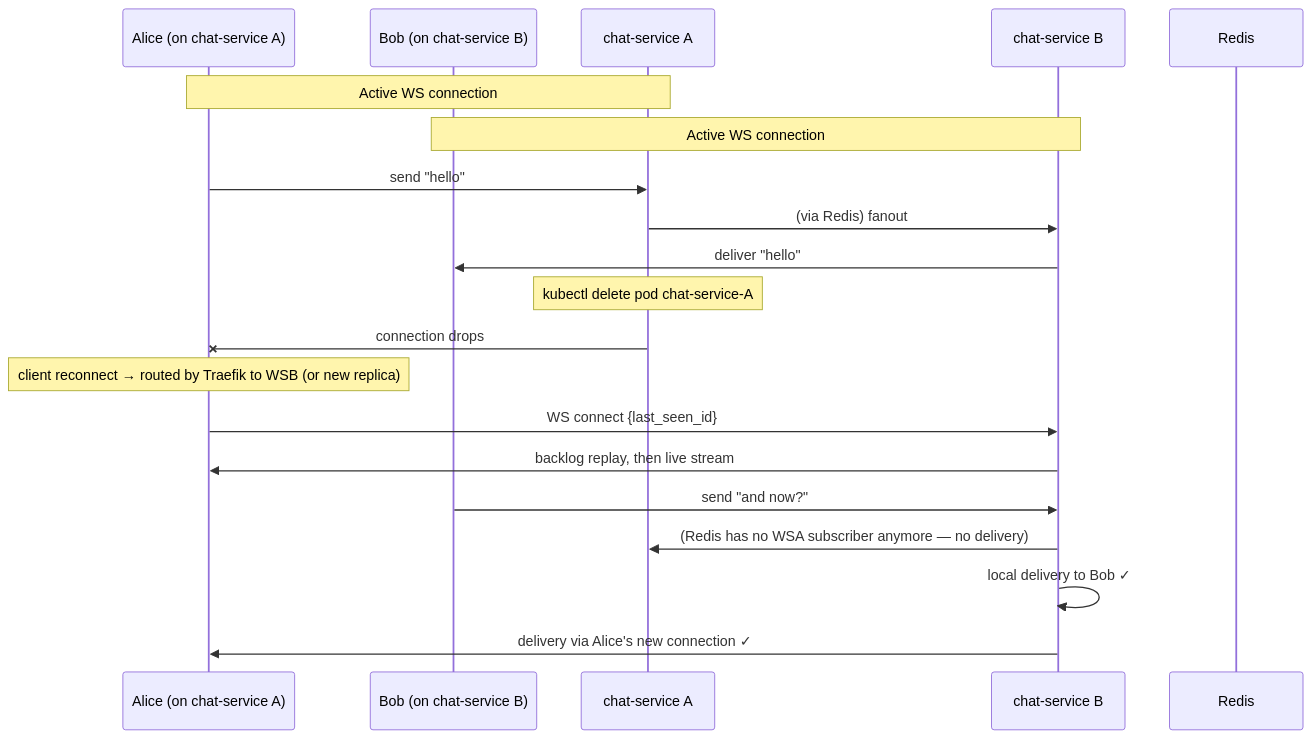
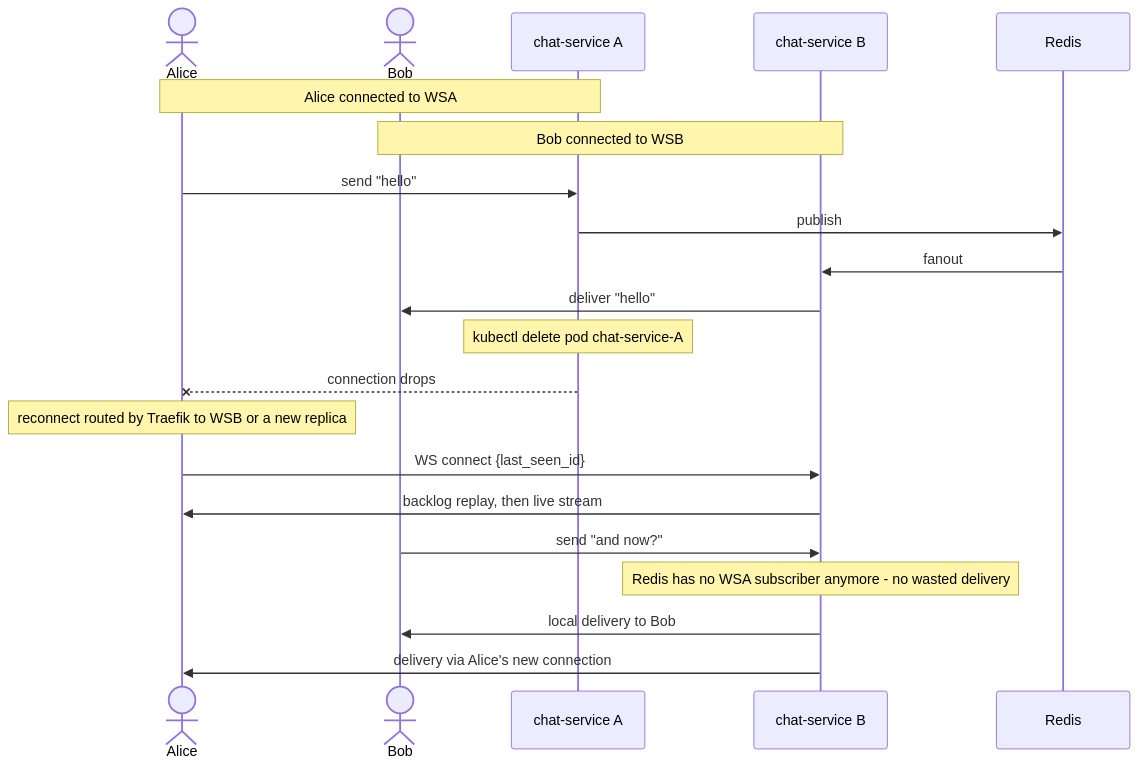
The fifth of 7 diagrams in docs/ARCHITECTURE.md (prodmatze/distributed_systems_sose_2026), drawn with Mermaid before and after one commit. The commit also changed other lines of this file and 1 other file, not shown here.

Commit message:
fixed mermaid structure

````diff
--- a/docs/ARCHITECTURE.md
+++ b/docs/ARCHITECTURE.md
@@ -245,24 +245,25 @@
 ```mermaid
 sequenceDiagram
-    participant A as Alice (on chat-service A)
-    participant B as Bob (on chat-service B)
+    actor A as Alice
+    actor B as Bob
     participant WSA as chat-service A
     participant WSB as chat-service B
     participant RD as Redis
 
-    Note over A,WSA: Active WS connection
-    Note over B,WSB: Active WS connection
+    Note over A,WSA: Alice connected to WSA
+    Note over B,WSB: Bob connected to WSB
     A->>WSA: send "hello"
-    WSA->>WSB: (via Redis) fanout
+    WSA->>RD: publish
+    RD->>WSB: fanout
     WSB->>B: deliver "hello"
 
     Note over WSA: kubectl delete pod chat-service-A
-    WSA-xA: connection drops
-    Note over A: client reconnect → routed by Traefik to WSB (or new replica)
+    WSA--xA: connection drops
+    Note over A: reconnect routed by Traefik to WSB or a new replica
     A->>WSB: WS connect {last_seen_id}
     WSB->>A: backlog replay, then live stream
     B->>WSB: send "and now?"
-    WSB->>WSA: (Redis has no WSA subscriber anymore — no delivery)
-    WSB->>WSB: local delivery to Bob ✓
-    WSB->>A: delivery via Alice's new connection ✓
+    Note over WSB: Redis has no WSA subscriber anymore - no wasted delivery
+    WSB->>B: local delivery to Bob
+    WSB->>A: delivery via Alice's new connection
 ```
````
